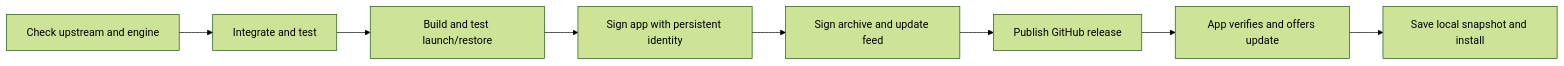
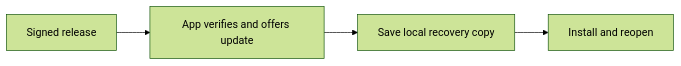
The diagram in README.md (hyunchanwi/SpaceTab), drawn with Mermaid (forest theme) before and after one commit. The commit also changed other lines of this file and 3 other files, not shown here.

````diff
--- a/README.md
+++ b/README.md
@@ -87,10 +103,6 @@
 ```mermaid
 flowchart LR
-    A[Check upstream and engine] --> B[Integrate and test]
-    B --> C[Build and test launch/restore]
-    C --> D[Sign app with persistent identity]
-    D --> E[Sign archive and update feed]
-    E --> F[Publish GitHub release]
-    F --> G[App verifies and offers update]
-    G --> H[Save local snapshot and install]
+    A[Signed release] --> B[App verifies and offers update]
+    B --> C[Save local recovery copy]
+    C --> D[Install and reopen]
 ```
````
